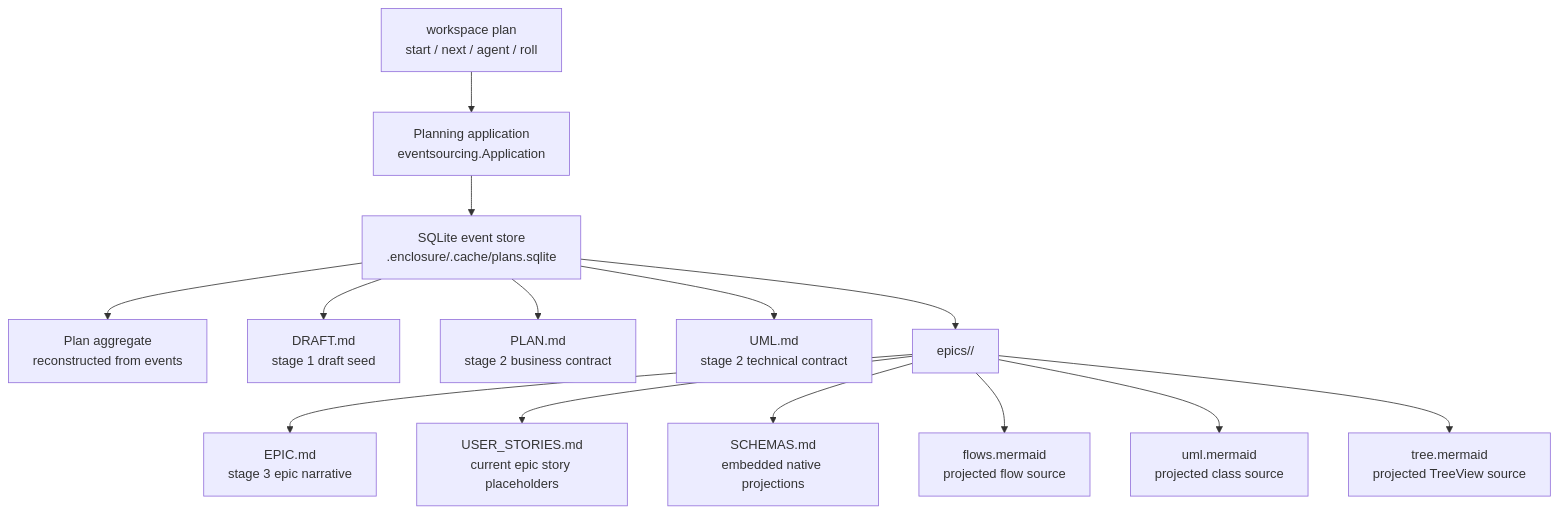
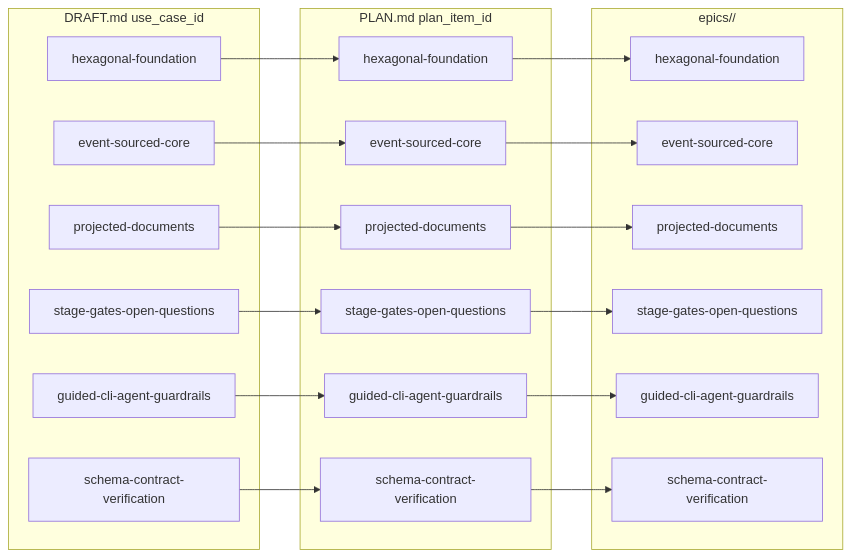
One commit to 9orky/enclosure changed the second of 10 diagrams in .enclosure/plans/planning-workflow/UML.md. Above: the diagram before and after it, drawn with Mermaid. The commit also changed other lines of this file and 9 other files, not shown here.

````diff
--- a/.enclosure/plans/planning-workflow/UML.md
+++ b/.enclosure/plans/planning-workflow/UML.md
@@ -36,18 +20,36 @@
 ```mermaid
-flowchart TD
-    Commands["workspace plan\nstart / next / agent / roll"] --> App["Planning application\neventsourcing.Application"]
-    App --> Store["SQLite event store\n.enclosure/.cache/plans.sqlite"]
-    Store --> Aggregate["Plan aggregate\nreconstructed from events"]
+flowchart LR
+    subgraph draft["DRAFT.md use_case_id"]
+      D0["hexagonal-foundation"]
+      D1["event-sourced-core"]
+      D2["projected-documents"]
+      D3["stage-gates-open-questions"]
+      D4["guided-cli-agent-guardrails"]
+      D5["schema-contract-verification"]
+    end
 
-    Store --> Draft["DRAFT.md\nstage 1 draft seed"]
-    Store --> Plan["PLAN.md\nstage 2 business contract"]
-    Store --> RootUML["UML.md\nstage 2 technical contract"]
+    subgraph plan["PLAN.md plan_item_id"]
+      P0["hexagonal-foundation"]
+      P1["event-sourced-core"]
+      P2["projected-documents"]
+      P3["stage-gates-open-questions"]
+      P4["guided-cli-agent-guardrails"]
+      P5["schema-contract-verification"]
+    end
 
-    Store --> Epics["epics/<epic-slug>/"]
-    Epics --> Epic["EPIC.md\nstage 3 epic narrative"]
-    Epics --> Stories["USER_STORIES.md\ncurrent epic story placeholders"]
-    Epics --> EpicSchemas["SCHEMAS.md\nembedded native projections"]
-    Epics --> Flows["flows.mermaid\nprojected flow source"]
-    Epics --> Classes["uml.mermaid\nprojected class source"]
-    Epics --> Tree["tree.mermaid\nprojected TreeView source"]
+    subgraph epic["epics/<epic_id>/"]
+      E0["hexagonal-foundation"]
+      E1["event-sourced-core"]
+      E2["projected-documents"]
+      E3["stage-gates-open-questions"]
+      E4["guided-cli-agent-guardrails"]
+      E5["schema-contract-verification"]
+    end
+
+    D0 --> P0 --> E0
+    D1 --> P1 --> E1
+    D2 --> P2 --> E2
+    D3 --> P3 --> E3
+    D4 --> P4 --> E4
+    D5 --> P5 --> E5
 ```
````
